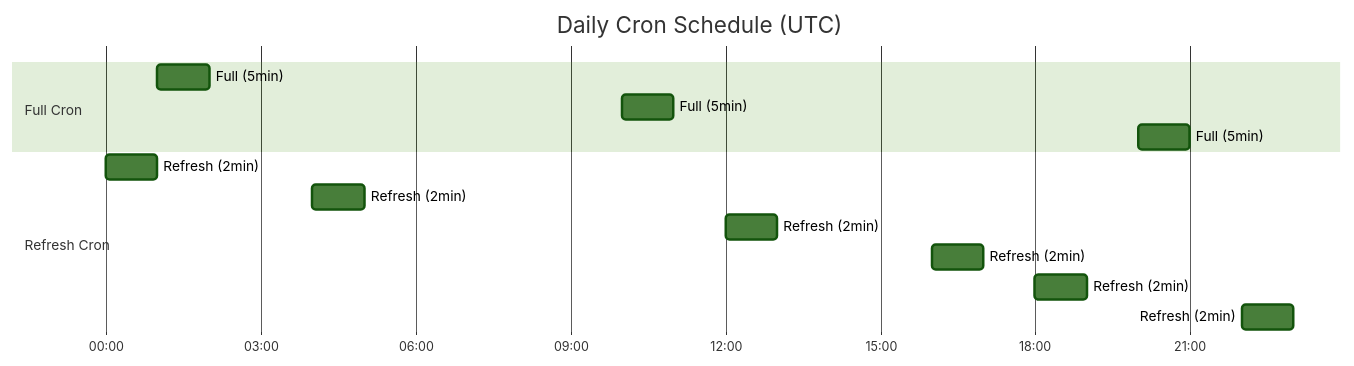
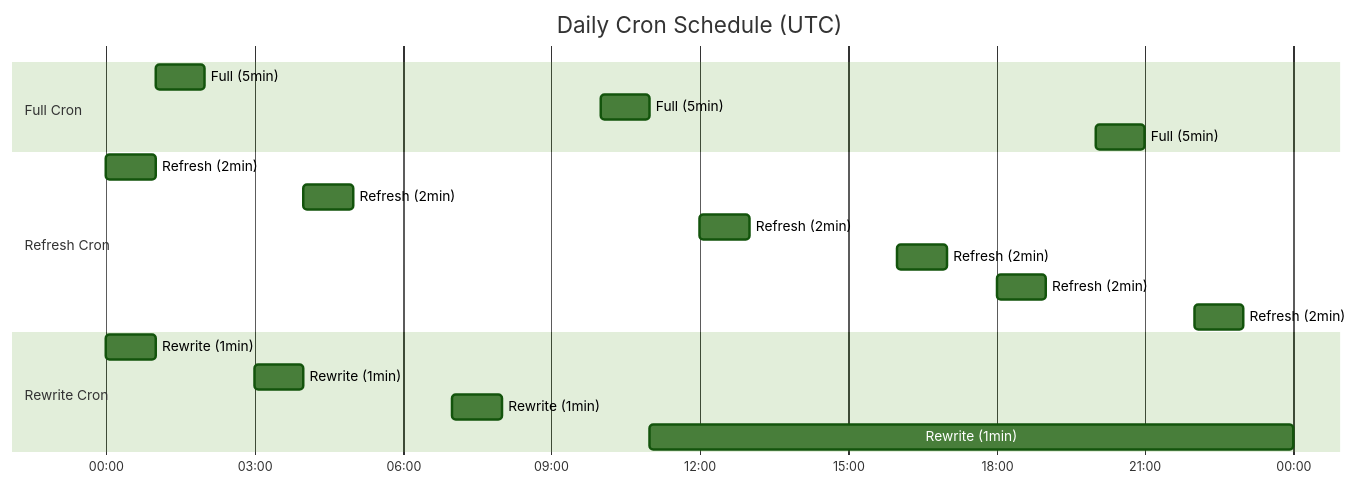
The first of 9 diagrams in README.md (dwahbe/climate-river), drawn with Mermaid (forest theme) before and after one commit. The commit also changed other lines of this file, not shown here.

````diff
--- a/README.md
+++ b/README.md
@@ -11,19 +13,25 @@
 ```mermaid
 gantt
     title Daily Cron Schedule (UTC)
     dateFormat HH
     axisFormat %H:00
 
     section Full Cron
     Full (5min)    :f1, 01, 1h
     Full (5min)    :f2, 10, 1h
     Full (5min)    :f3, 20, 1h
 
     section Refresh Cron
     Refresh (2min) :r1, 00, 1h
     Refresh (2min) :r2, 04, 1h
     Refresh (2min) :r3, 12, 1h
     Refresh (2min) :r4, 16, 1h
     Refresh (2min) :r5, 18, 1h
     Refresh (2min) :r6, 22, 1h
+
+    section Rewrite Cron
+    Rewrite (1min) :w1, 00, 1h
+    Rewrite (1min) :w2, 03, 1h
+    Rewrite (1min) :w3, 07, 1h
+    Rewrite (1min) :w4, 11, 13h
 ```
````
